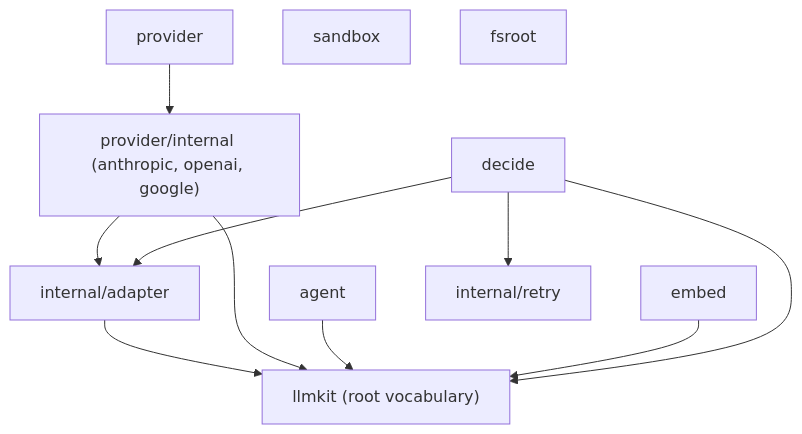
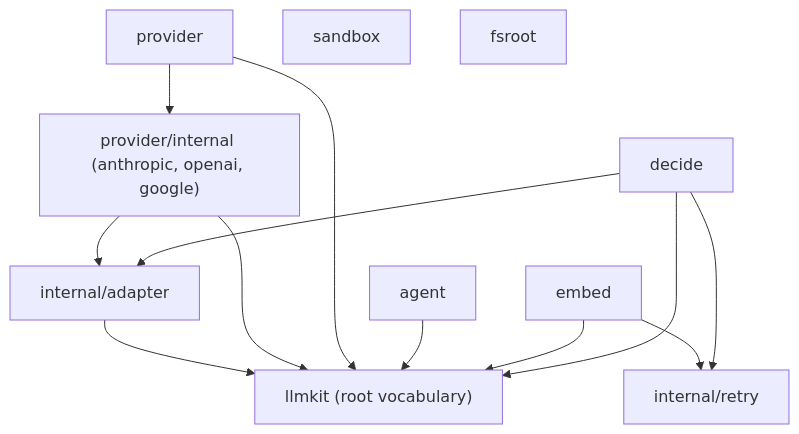
Before and after one commit to dpoage/llmkit: the diagram in docs/design.md, drawn with Mermaid.

Commit message:
decide: docs fix — restore EMBED->RETRY and PROV->ROOT edges in layering diagram (llmkit-6tp.3)

````diff
--- a/docs/design.md
+++ b/docs/design.md
@@ -12,15 +12,17 @@
 ```mermaid
 flowchart TD
     AGENT["agent"]
     PROV["provider"] --> ADAPTERS["provider/internal (anthropic, openai, google)"]
     ADAPTERS --> IA["internal/adapter"]
     IA --> ROOT["llmkit (root vocabulary)"]
     ADAPTERS --> ROOT
+    PROV --> ROOT
     AGENT --> ROOT
     EMBED["embed"] --> ROOT
+    EMBED --> RETRY["internal/retry"]
     DECIDE["decide"] --> ROOT
     DECIDE --> IA
-    DECIDE --> RETRY["internal/retry"]
+    DECIDE --> RETRY
     SANDBOX["sandbox"]
     FSROOT["fsroot"]
 ```
````
